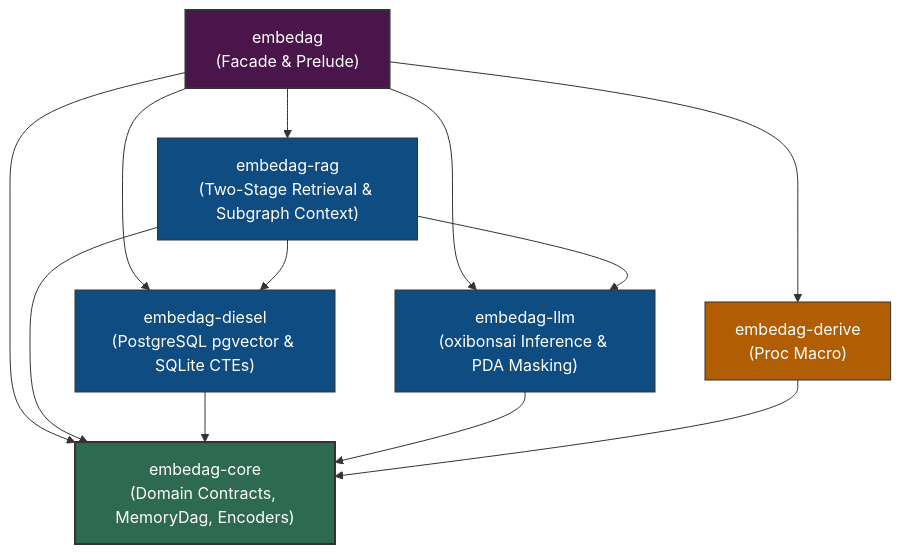
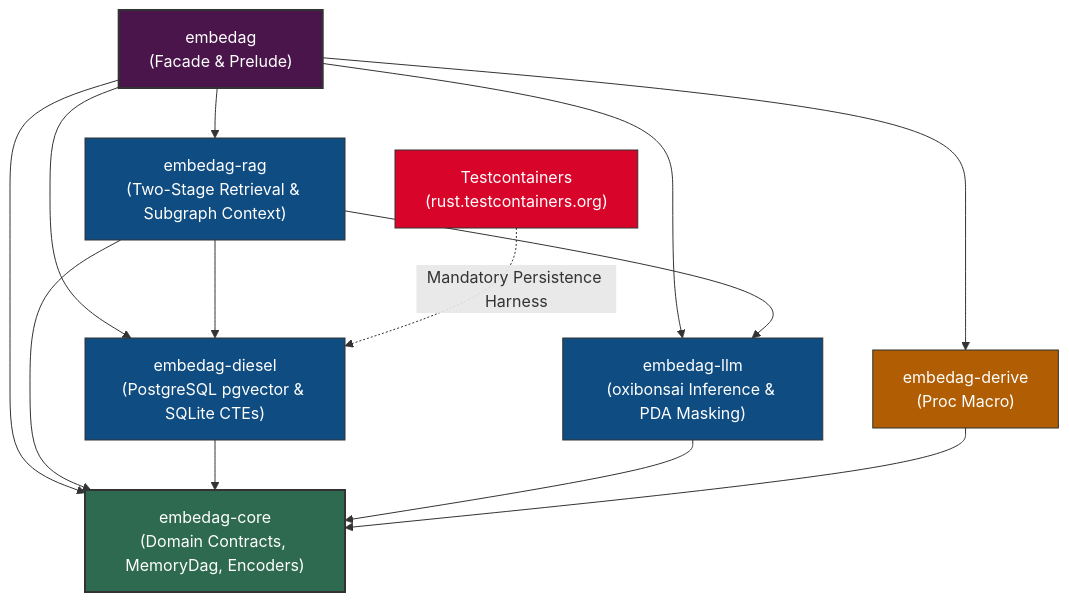
One commit to yasuomaidana/embedag changed the diagram in doc/02_Workspace_Crate_Topology.md. Above: the diagram before and after it, drawn with Mermaid. The commit also changed other lines of this file and 9 other files, not shown here.

Commit message:
feat(ci): add mandatory persistence integration tests

````diff
--- a/doc/02_Workspace_Crate_Topology.md
+++ b/doc/02_Workspace_Crate_Topology.md
@@ -23,28 +23,32 @@
 ```mermaid
 flowchart TD
     classDef facade fill:#4a154b,stroke:#333,stroke-width:2px,color:#fff;
     classDef adapter fill:#0f4c81,stroke:#333,stroke-width:1px,color:#fff;
     classDef core fill:#2d6a4f,stroke:#333,stroke-width:2px,color:#fff;
     classDef macro fill:#b05d03,stroke:#333,stroke-width:1px,color:#fff;
+    classDef testTool fill:#d90429,stroke:#333,stroke-width:1px,color:#fff;
 
     Facade["embedag<br/>(Facade & Prelude)"]:::facade
     Derive["embedag-derive<br/>(Proc Macro)"]:::macro
     RAG["embedag-rag<br/>(Two-Stage Retrieval & Subgraph Context)"]:::adapter
     Diesel["embedag-diesel<br/>(PostgreSQL pgvector & SQLite CTEs)"]:::adapter
     LLM["embedag-llm<br/>(oxibonsai Inference & PDA Masking)"]:::adapter
     Core["embedag-core<br/>(Domain Contracts, MemoryDag, Encoders)"]:::core
+    TC["Testcontainers<br/>(rust.testcontainers.org)"]:::testTool
 
     Facade --> Core
     Facade --> Derive
     Facade --> LLM
     Facade --> Diesel
     Facade --> RAG
 
     RAG --> Core
     RAG --> Diesel
     RAG --> LLM
 
     Diesel --> Core
     LLM --> Core
     Derive --> Core
+
+    TC -.->|Mandatory Persistence Harness| Diesel
 ```
````
